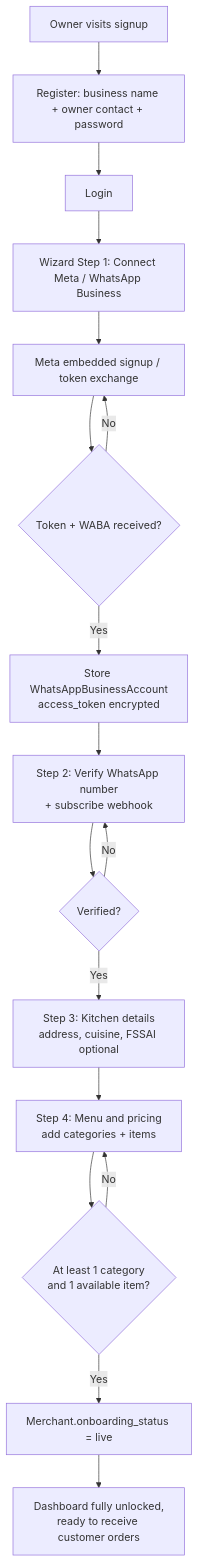
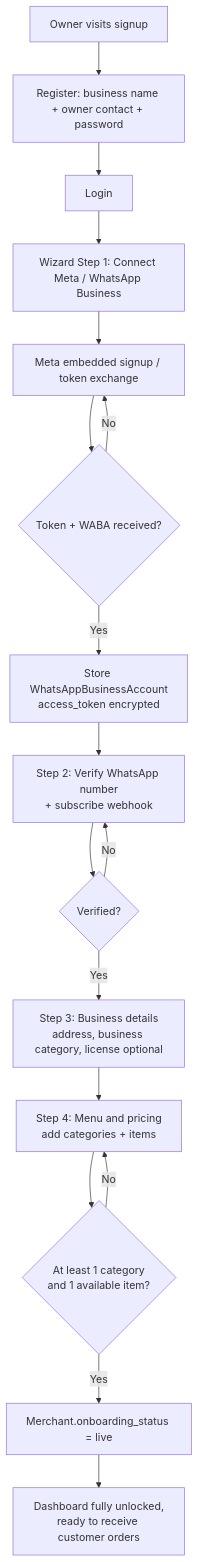
The second of 3 diagrams in ARCHITECTURE.md (itsjayanth/orderflow), drawn with Mermaid before and after one commit. The commit also changed other lines of this file and 3 other files, not shown here.

First line of the commit message:
docs: update architecture and product docs for vertical-agnostic renames

````diff
--- a/ARCHITECTURE.md
+++ b/ARCHITECTURE.md
@@ -309,19 +311,19 @@
 ```mermaid
 flowchart TD
     A[Owner visits signup] --> B[Register: business name + owner contact + password]
     B --> D[Login]
     D --> E[Wizard Step 1: Connect Meta / WhatsApp Business]
     E --> F[Meta embedded signup / token exchange]
     F --> G{Token + WABA received?}
     G -- No --> F
     G -- Yes --> H[Store WhatsAppBusinessAccount<br/>access_token encrypted]
     H --> I[Step 2: Verify WhatsApp number<br/>+ subscribe webhook]
     I --> J{Verified?}
     J -- No --> I
-    J -- Yes --> K[Step 3: Kitchen details<br/>address, cuisine, FSSAI optional]
+    J -- Yes --> K[Step 3: Business details<br/>address, business category, license optional]
     K --> L[Step 4: Menu and pricing<br/>add categories + items]
     L --> M{At least 1 category<br/>and 1 available item?}
     M -- No --> L
     M -- Yes --> N[Merchant.onboarding_status = live]
     N --> O[Dashboard fully unlocked,<br/>ready to receive customer orders]
 ```
````
